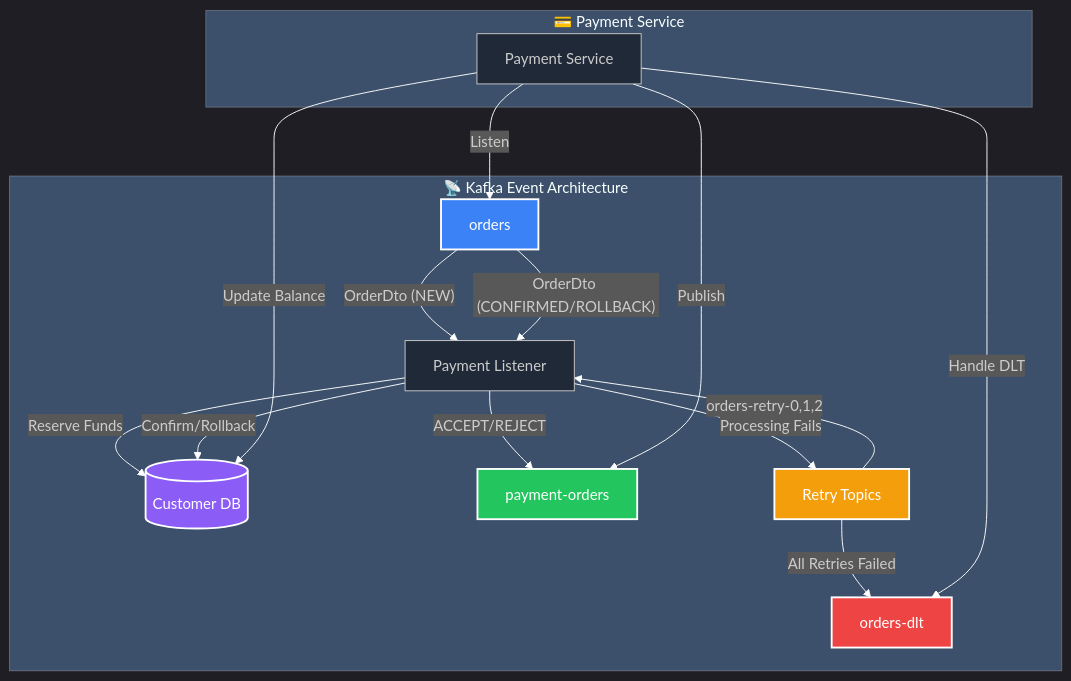
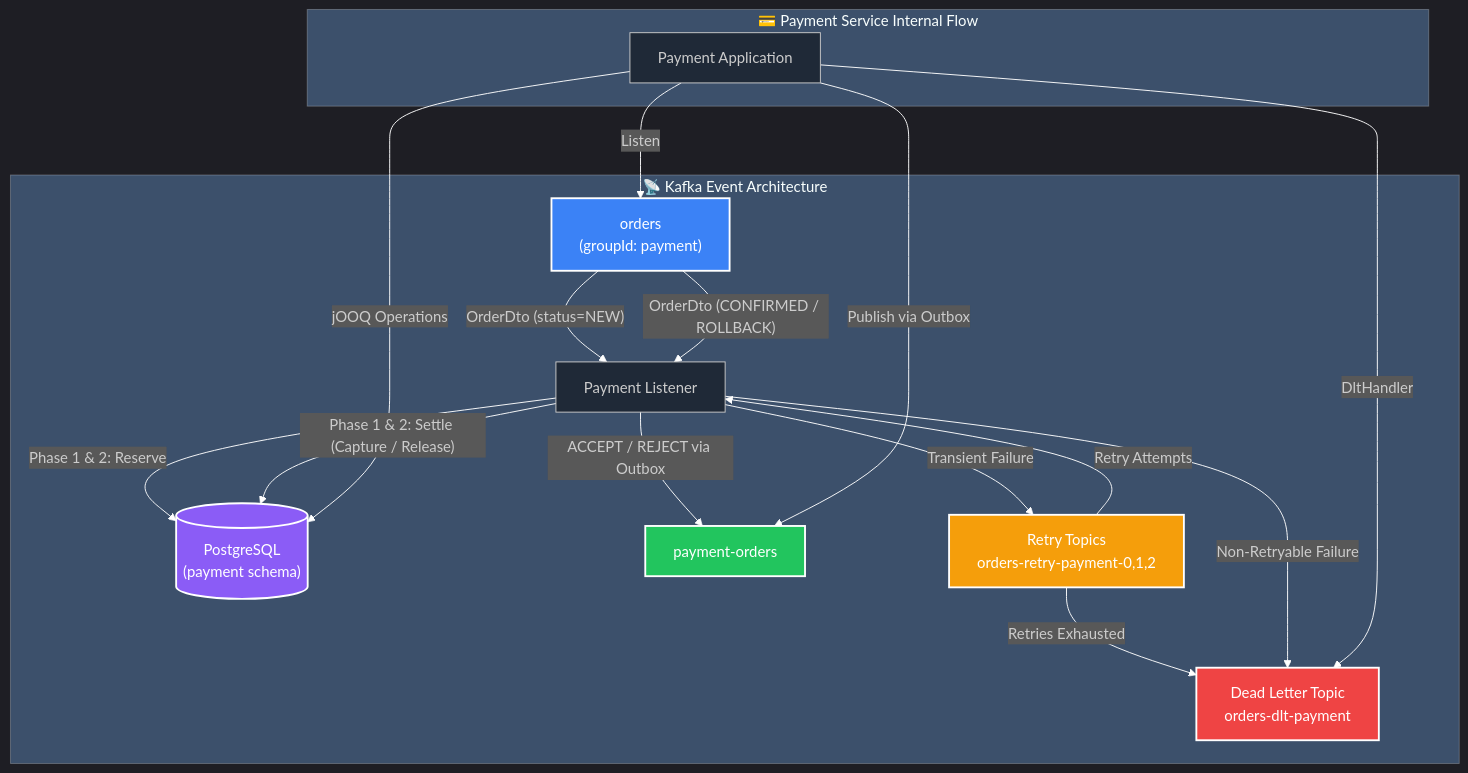
Before and after one commit to rajadilipkolli/spring-boot-microservices-series-v2: the second of 3 diagrams in payment-service/PaymentService-Sequence-Diagram.md, drawn with Mermaid. The commit also changed other lines of this file and 51 other files, not shown here.

````diff
--- a/payment-service/PaymentService-Sequence-Diagram.md
+++ b/payment-service/PaymentService-Sequence-Diagram.md
@@ -268,29 +314,30 @@
 ```mermaid
 %%{init: {'theme':'dark', 'themeVariables': {'primaryColor':'#1f2937', 'primaryTextColor':'#ffffff', 'primaryBorderColor':'#374151', 'lineColor':'#ffffff', 'sectionBkColor':'#374151', 'altSectionBkColor':'#4b5563', 'gridColor':'#6b7280', 'secondaryColor':'#374151', 'tertiaryColor':'#4b5563', 'background':'#111827', 'mainBkg':'#1f2937', 'secondBkg':'#374151', 'tertiaryBkg':'#4b5563'}}}%%
 graph TB
     subgraph "📡 Kafka Event Architecture"
-        O[orders] --> |"OrderDto (NEW)"| PL[Payment Listener]
-        PL --> |"Reserve Funds"| PDB[(Customer DB)]
-        PL --> |"ACCEPT/REJECT"| PO[payment-orders]
+        O["orders<br/>(groupId: payment)"] --> |"OrderDto (status=NEW)"| PL[Payment Listener]
+        PL --> |"Phase 1 & 2: Reserve"| PDB[("PostgreSQL<br/>(payment schema)")]
+        PL --> |"ACCEPT / REJECT via Outbox"| PO["payment-orders"]
         
-        O --> |"OrderDto (CONFIRMED/ROLLBACK)"| PL
-        PL --> |"Confirm/Rollback"| PDB
+        O --> |"OrderDto (CONFIRMED / ROLLBACK)"| PL
+        PL --> |"Phase 1 & 2: Settle (Capture / Release)"| PDB
         
-        PL --> |"Processing Fails"| RT[Retry Topics]
-        RT --> |"orders-retry-0,1,2"| PL
-        RT --> |"All Retries Failed"| DLT[orders-dlt]
+        PL --> |"Transient Failure"| RT["Retry Topics<br/>orders-retry-payment-0,1,2"]
+        RT --> |"Retry Attempts"| PL
+        RT --> |"Retries Exhausted"| DLT["Dead Letter Topic<br/>orders-dlt-payment"]
+        PL --> |"Non-Retryable Failure"| DLT
     end
     
-    subgraph "💳 Payment Service"
-        PS[Payment Service] --> |"Listen"| O
-        PS --> |"Publish"| PO
-        PS --> |"Update Balance"| PDB
-        PS --> |"Handle DLT"| DLT
+    subgraph "💳 Payment Service Internal Flow"
+        PS[Payment Application] --> |"Listen"| O
+        PS --> |"Publish via Outbox"| PO
+        PS --> |"jOOQ Operations"| PDB
+        PS --> |"DltHandler"| DLT
     end
-    
+
     style O fill:#3b82f6,stroke:#ffffff,stroke-width:2px,color:#ffffff
     style PO fill:#22c55e,stroke:#ffffff,stroke-width:2px,color:#ffffff
     style RT fill:#f59e0b,stroke:#ffffff,stroke-width:2px,color:#ffffff
     style DLT fill:#ef4444,stroke:#ffffff,stroke-width:2px,color:#ffffff
     style PDB fill:#8b5cf6,stroke:#ffffff,stroke-width:2px,color:#ffffff
 ```
````
